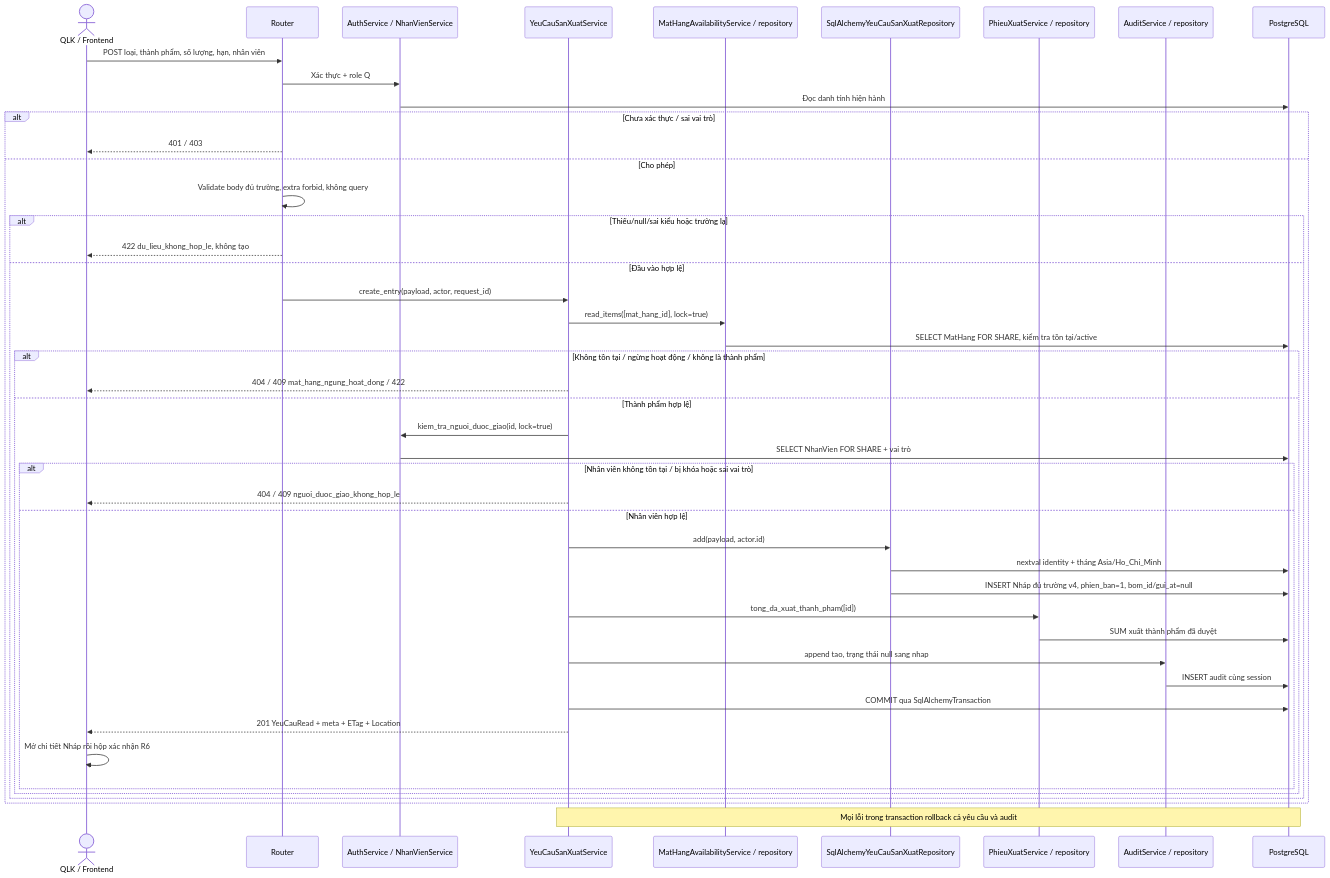
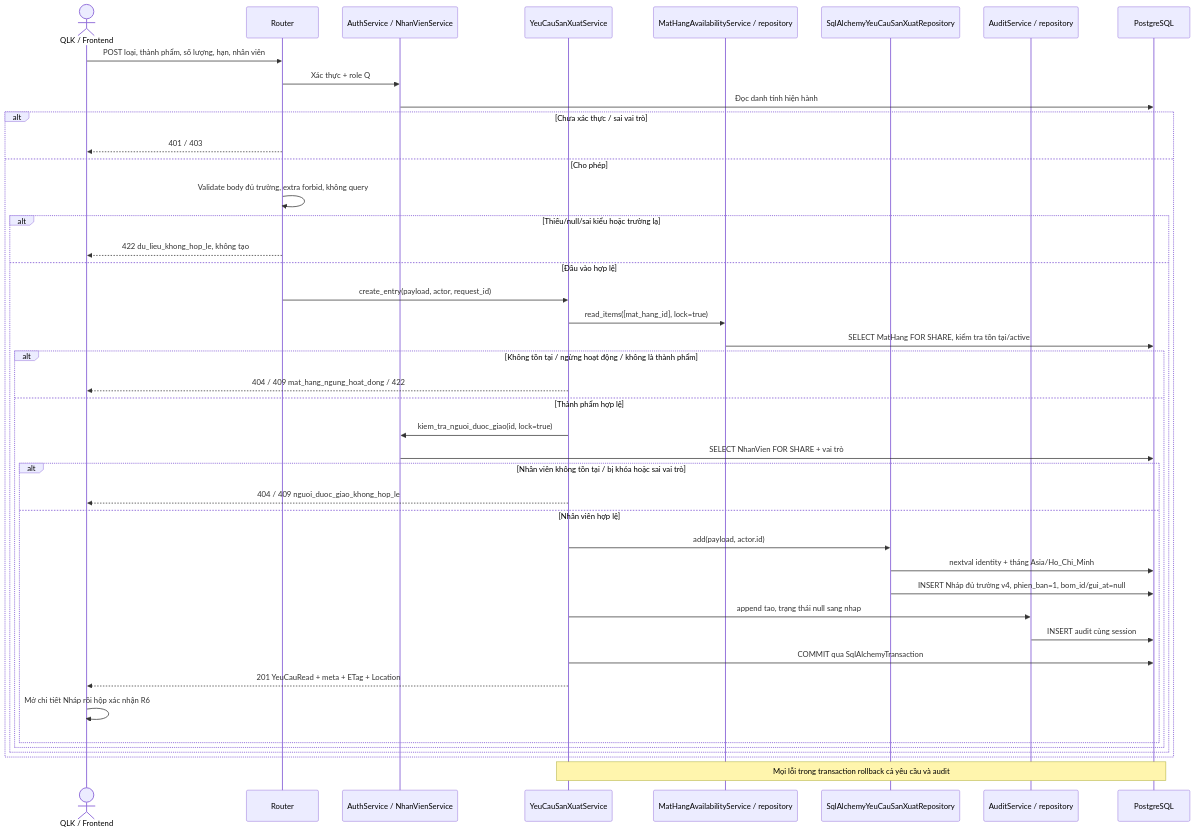
The third of 23 diagrams in docs/sequence/san_xuat.md (thanhklt/xbike-mrp-system), drawn with Mermaid before and after one commit. The commit also changed other lines of this file and 14 other files, not shown here.

````diff
--- a/docs/sequence/san_xuat.md
+++ b/docs/sequence/san_xuat.md
@@ -106,48 +112,45 @@
 ```mermaid
 sequenceDiagram
     actor C as QLK / Frontend
     participant R as Router
     participant A as AuthService / NhanVienService
     participant S as YeuCauSanXuatService
     participant M as MatHangAvailabilityService / repository
     participant P as SqlAlchemyYeuCauSanXuatRepository
-    participant X as PhieuXuatService / repository
     participant L as AuditService / repository
     participant D as PostgreSQL
     C->>R: POST loại, thành phẩm, số lượng, hạn, nhân viên
     R->>A: Xác thực + role Q
     A->>D: Đọc danh tính hiện hành
     alt Chưa xác thực / sai vai trò
         R-->>C: 401 / 403
     else Cho phép
         R->>R: Validate body đủ trường, extra forbid, không query
         alt Thiếu/null/sai kiểu hoặc trường lạ
             R-->>C: 422 du_lieu_khong_hop_le, không tạo
         else Đầu vào hợp lệ
             R->>S: create_entry(payload, actor, request_id)
             S->>M: read_items([mat_hang_id], lock=true)
             M->>D: SELECT MatHang FOR SHARE, kiểm tra tồn tại/active
             alt Không tồn tại / ngừng hoạt động / không là thành phẩm
                 S-->>C: 404 / 409 mat_hang_ngung_hoat_dong / 422
             else Thành phẩm hợp lệ
                 S->>A: kiem_tra_nguoi_duoc_giao(id, lock=true)
                 A->>D: SELECT NhanVien FOR SHARE + vai trò
                 alt Nhân viên không tồn tại / bị khóa hoặc sai vai trò
                     S-->>C: 404 / 409 nguoi_duoc_giao_khong_hop_le
                 else Nhân viên hợp lệ
                     S->>P: add(payload, actor.id)
                     P->>D: nextval identity + tháng Asia/Ho_Chi_Minh
                     P->>D: INSERT Nháp đủ trường v4, phien_ban=1, bom_id/gui_at=null
-                    S->>X: tong_da_xuat_thanh_pham([id])
-                    X->>D: SUM xuất thành phẩm đã duyệt
                     S->>L: append tao, trạng thái null sang nhap
                     L->>D: INSERT audit cùng session
                     S->>D: COMMIT qua SqlAlchemyTransaction
                     S-->>C: 201 YeuCauRead + meta + ETag + Location
                     C->>C: Mở chi tiết Nháp rồi hộp xác nhận R6
                 end
             end
         end
     end
     Note over S,D: Mọi lỗi trong transaction rollback cả yêu cầu và audit
 ```
````
